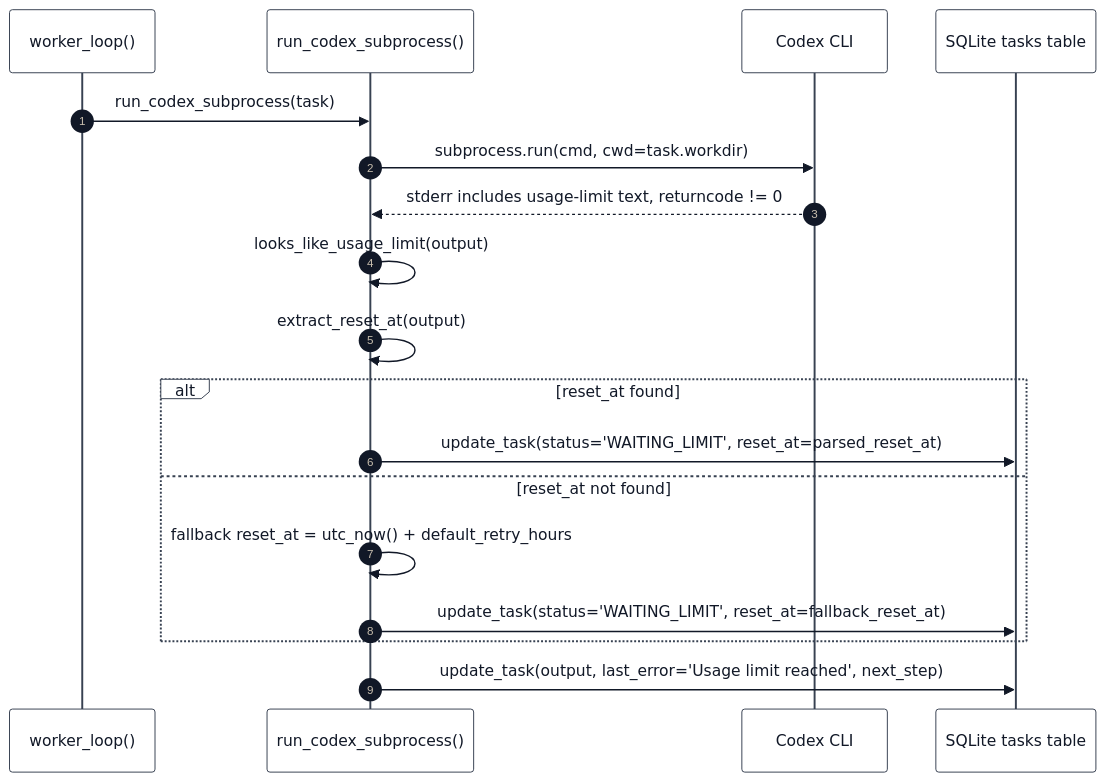
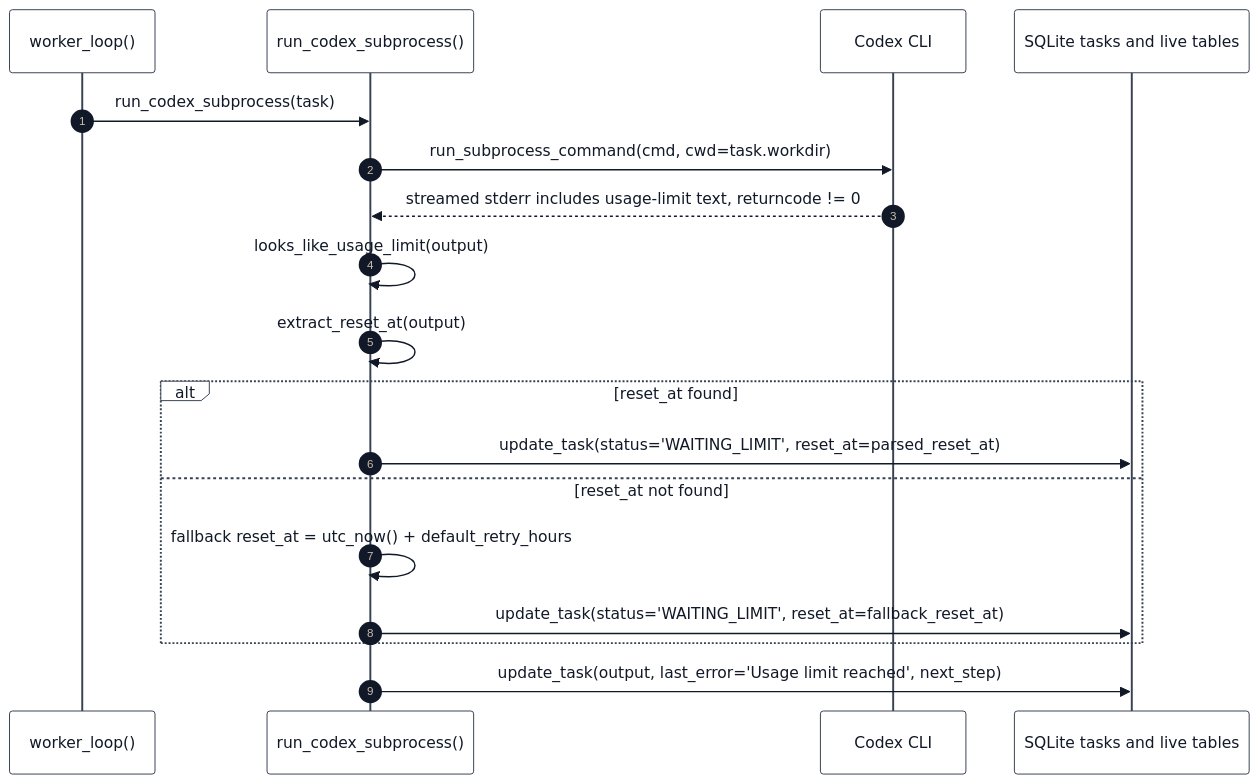
Before and after one commit to kinderp/durex: the second of 10 diagrams in docs/SEQUENCE_DIAGRAMS.md, drawn with Mermaid. The commit also changed other lines of this file and 9 other files, not shown here.

````diff
--- a/docs/SEQUENCE_DIAGRAMS.md
+++ b/docs/SEQUENCE_DIAGRAMS.md
@@ -133,22 +153,22 @@
 ```mermaid
 %%{init: {"theme": "base", "themeVariables": {"primaryColor": "#ffffff", "primaryTextColor": "#111827", "primaryBorderColor": "#374151", "lineColor": "#374151", "secondaryColor": "#f3f4f6", "tertiaryColor": "#ffffff", "textColor": "#111827", "mainBkg": "#ffffff", "nodeBorder": "#374151", "clusterBkg": "#f9fafb", "clusterBorder": "#9ca3af", "edgeLabelBackground": "#ffffff", "actorBkg": "#ffffff", "actorBorder": "#374151", "actorTextColor": "#111827", "activationBkgColor": "#e5e7eb", "activationBorderColor": "#374151", "signalColor": "#111827", "signalTextColor": "#111827", "noteBkgColor": "#fef3c7", "noteTextColor": "#111827", "noteBorderColor": "#92400e"}}}%%
 sequenceDiagram
     autonumber
     participant Worker as worker_loop()
     participant Runner as run_codex_subprocess()
     participant Codex as Codex CLI
-    participant DB as SQLite tasks table
+    participant DB as SQLite tasks and live tables
 
     Worker->>Runner: run_codex_subprocess(task)
-    Runner->>Codex: subprocess.run(cmd, cwd=task.workdir)
-    Codex-->>Runner: stderr includes usage-limit text, returncode != 0
+    Runner->>Codex: run_subprocess_command(cmd, cwd=task.workdir)
+    Codex-->>Runner: streamed stderr includes usage-limit text, returncode != 0
     Runner->>Runner: looks_like_usage_limit(output)
     Runner->>Runner: extract_reset_at(output)
     alt reset_at found
         Runner->>DB: update_task(status='WAITING_LIMIT', reset_at=parsed_reset_at)
     else reset_at not found
         Runner->>Runner: fallback reset_at = utc_now() + default_retry_hours
         Runner->>DB: update_task(status='WAITING_LIMIT', reset_at=fallback_reset_at)
     end
     Runner->>DB: update_task(output, last_error='Usage limit reached', next_step)
 ```
````
